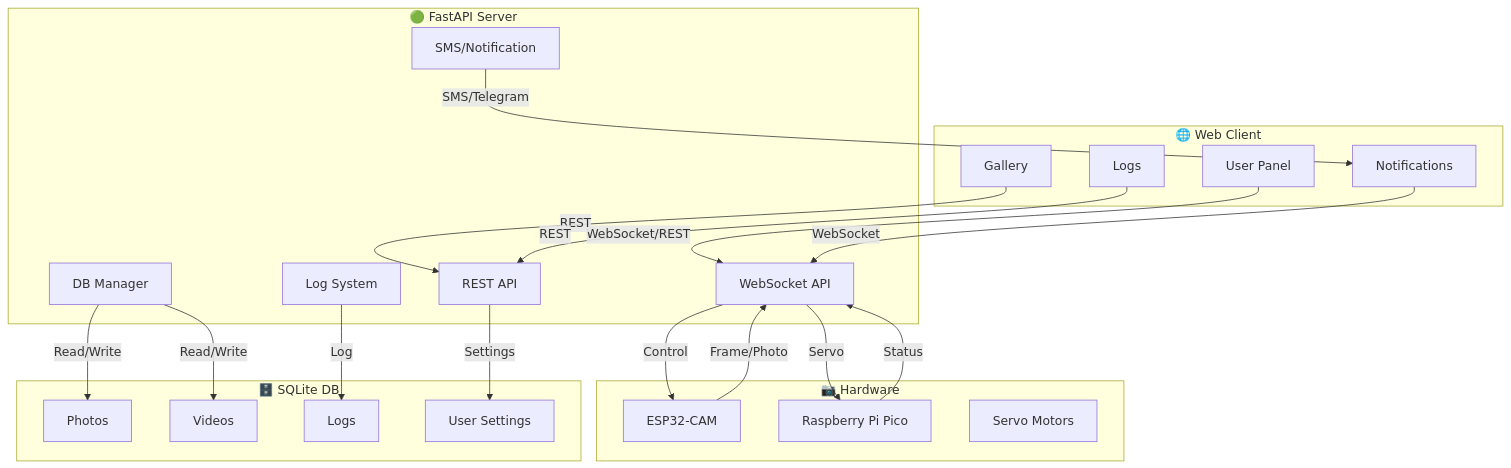
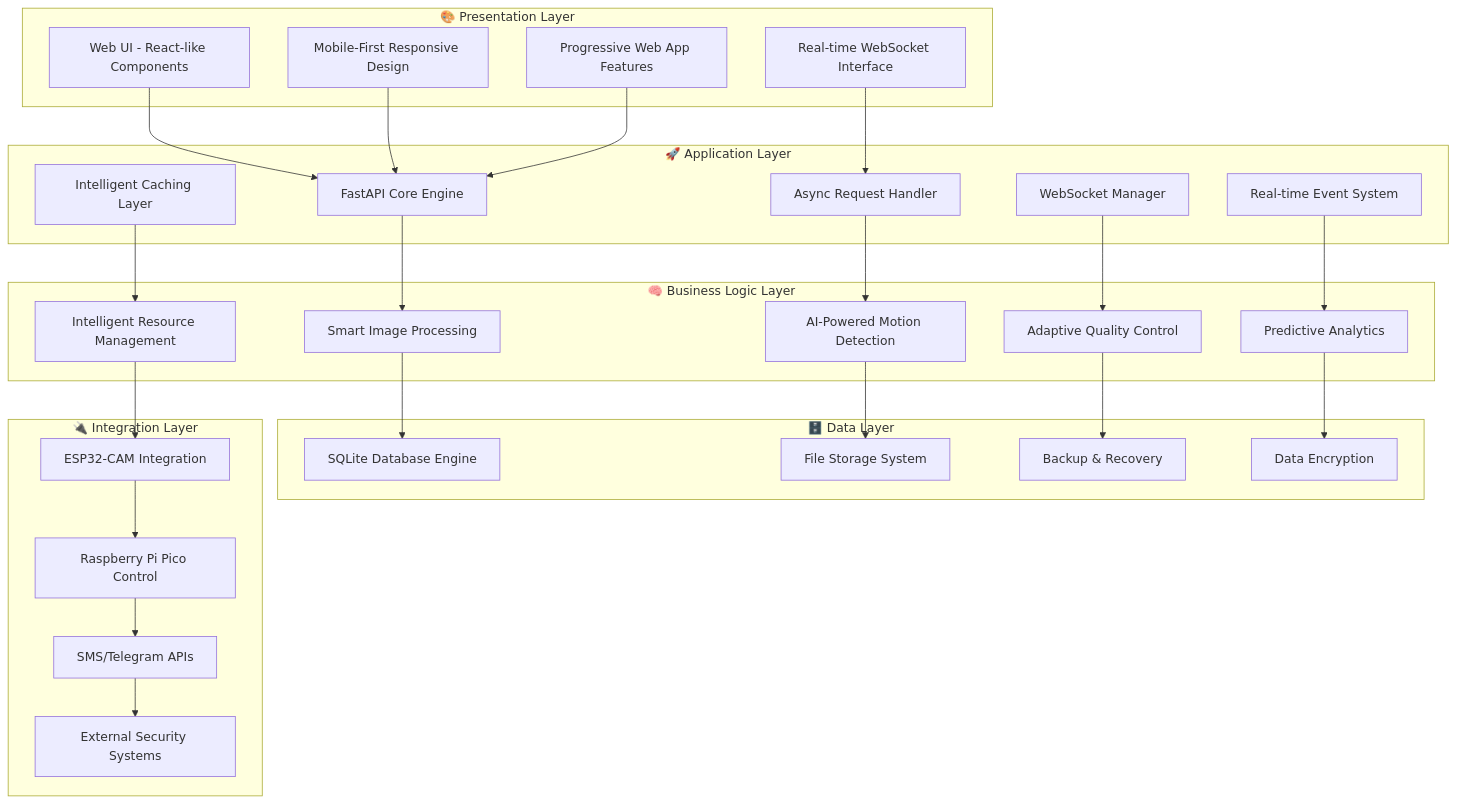
One commit to Ali-Rashidi-80/smart-cctv-web-based-rash32 changed the first of 4 diagrams in md/README.md. Above: the diagram before and after it, drawn with Mermaid. The commit also changed other lines of this file and 27 other files, not shown here.

````diff
--- a/md/README.md
+++ b/md/README.md
@@ -26,40 +38,57 @@
 ```mermaid
-flowchart TD
-    subgraph Client ["🌐 Web Client"]
-      A1[User Panel]
-      A2[Gallery]
-      A3[Logs]
-      A4[Notifications]
+graph TB
+    subgraph "🎨 Presentation Layer"
+        A1[Web UI - React-like Components]
+        A2[Mobile-First Responsive Design]
+        A3[Real-time WebSocket Interface]
+        A4[Progressive Web App Features]
     end
-    subgraph FastAPI ["🟢 FastAPI Server"]
-      B1[WebSocket API]
-      B2[REST API]
-      B3[DB Manager]
-      B4[Log System]
-      B5[SMS/Notification]
+    
+    subgraph "🚀 Application Layer"
+        B1[FastAPI Core Engine]
+        B2[Async Request Handler]
+        B3[WebSocket Manager]
+        B4[Real-time Event System]
+        B5[Intelligent Caching Layer]
     end
-    subgraph HW ["📷 Hardware"]
-      C1[ESP32-CAM]
-      C2[Raspberry Pi Pico]
-      C3[Servo Motors]
+    
+    subgraph "🧠 Business Logic Layer"
+        C1[Smart Image Processing]
+        C2[AI-Powered Motion Detection]
+        C3[Adaptive Quality Control]
+        C4[Predictive Analytics]
+        C5[Intelligent Resource Management]
     end
-    subgraph DB ["🗄️ SQLite DB"]
-      D1[Photos]
-      D2[Videos]
-      D3[Logs]
-      D4[User Settings]
+    
+    subgraph "🗄️ Data Layer"
+        D1[SQLite Database Engine]
+        D2[File Storage System]
+        D3[Backup & Recovery]
+        D4[Data Encryption]
     end
-    A1-->|WebSocket/REST|B1
-    A2-->|REST|B2
-    A3-->|REST|B2
-    A4-->|WebSocket|B1
-    B1-->|Control|C1
-    B1-->|Servo|C2
-    C1-->|Frame/Photo|B1
-    C2-->|Status|B1
-    B3-->|Read/Write|D1
-    B3-->|Read/Write|D2
-    B4-->|Log|D3
-    B2-->|Settings|D4
-    B5-->|SMS/Telegram|A4
+    
+    subgraph "🔌 Integration Layer"
+        E1[ESP32-CAM Integration]
+        E2[Raspberry Pi Pico Control]
+        E3[SMS/Telegram APIs]
+        E4[External Security Systems]
+    end
+    
+    A1 --> B1
+    A2 --> B1
+    A3 --> B2
+    A4 --> B1
+    B1 --> C1
+    B2 --> C2
+    B3 --> C3
+    B4 --> C4
+    B5 --> C5
+    C1 --> D1
+    C2 --> D2
+    C3 --> D3
+    C4 --> D4
+    C5 --> E1
+    E1 --> E2
+    E2 --> E3
+    E3 --> E4
 ```
````
